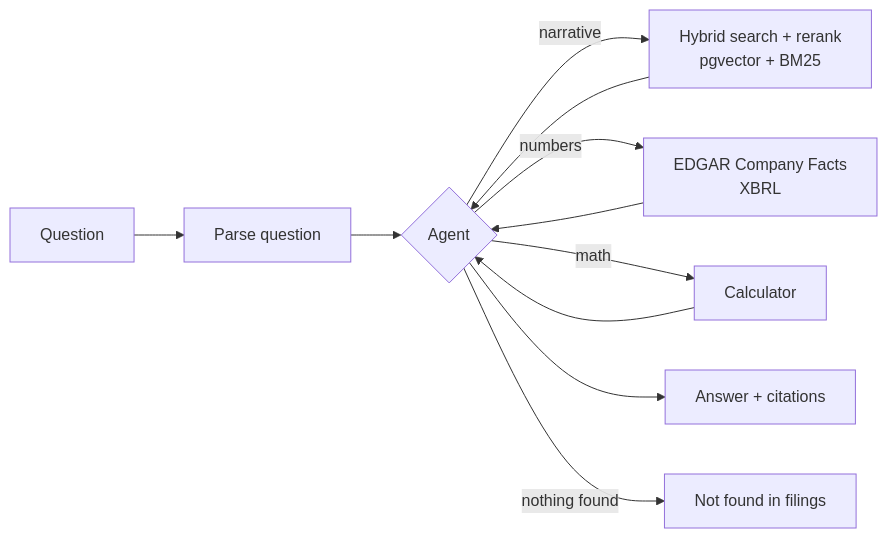
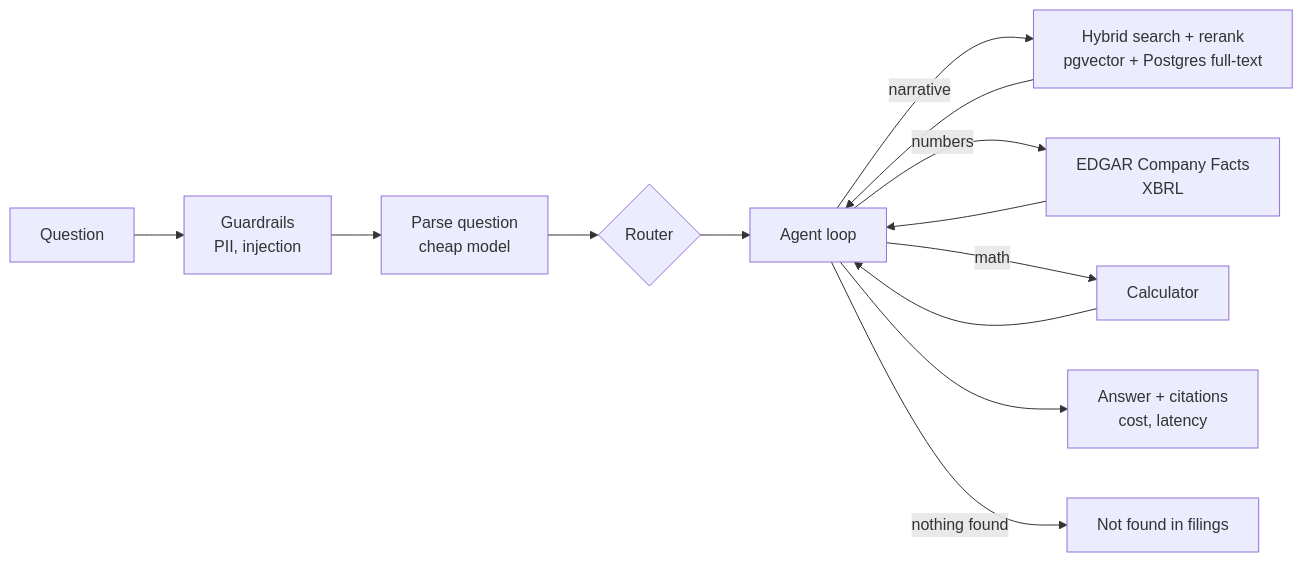
Before and after one commit to satya764/sec-research-agent: the diagram in README.md, drawn with Mermaid. The commit also changed other lines of this file and 48 other files, not shown here.

Commit message:
Add full agent: SEC data, retrieval, agent loop, API, evals

````diff
--- a/README.md
+++ b/README.md
@@ -20,13 +22,15 @@
 ```mermaid
 flowchart LR
-    Q[Question] --> P[Parse question]
-    P --> A{Agent}
-    A -->|narrative| R[Hybrid search + rerank<br/>pgvector + BM25]
+    Q[Question] --> G[Guardrails<br/>PII, injection]
+    G --> P[Parse question<br/>cheap model]
+    P --> R{Router}
+    R --> A[Agent loop]
+    A -->|narrative| S[Hybrid search + rerank<br/>pgvector + Postgres full-text]
     A -->|numbers| X[EDGAR Company Facts<br/>XBRL]
     A -->|math| C[Calculator]
-    R --> A
+    S --> A
     X --> A
     C --> A
-    A --> ANS[Answer + citations]
+    A --> ANS[Answer + citations<br/>cost, latency]
     A -->|nothing found| NF[Not found in filings]
 ```
````
